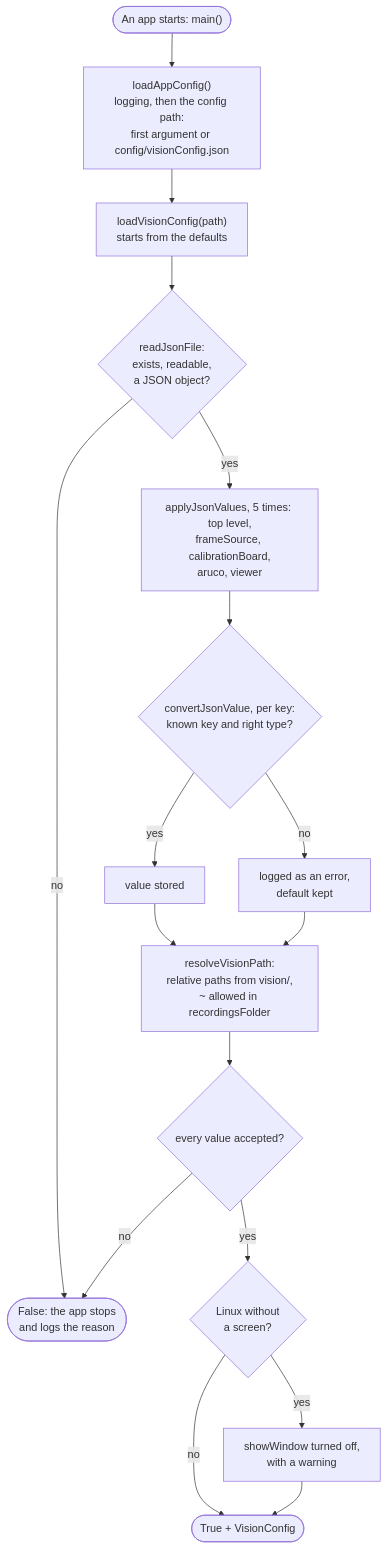
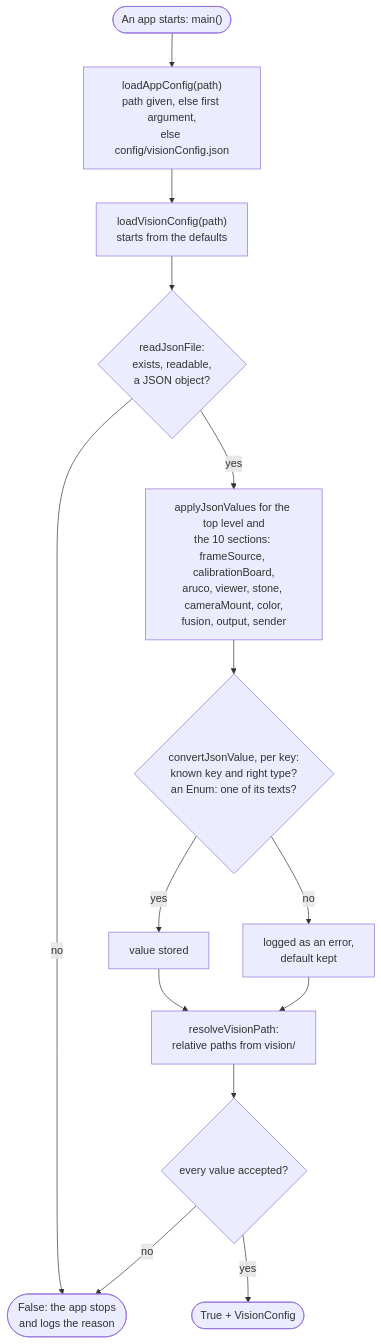
One commit to Basbat-net/BotQueValeUnEuro changed the fourth of 6 diagrams in docs/vision/howVisionWorks.md. Above: the diagram before and after it, drawn with Mermaid. The commit also changed other lines of this file, not shown here.

First line of the commit message:
Vision docs: overview, imports, contract, reading images

````diff
--- a/docs/vision/howVisionWorks.md
+++ b/docs/vision/howVisionWorks.md
@@ -118,19 +135,16 @@
 ```mermaid
 flowchart TD
-    start(["An app starts: main()"]) --> appConfig["loadAppConfig()<br/>logging, then the config path:<br/>first argument or config/visionConfig.json"]
+    start(["An app starts: main()"]) --> appConfig["loadAppConfig(path)<br/>path given, else first argument,<br/>else config/visionConfig.json"]
     appConfig --> loadConfig["loadVisionConfig(path)<br/>starts from the defaults"]
     loadConfig --> readJson{"readJsonFile:<br/>exists, readable,<br/>a JSON object?"}
     readJson -- "no" --> failed(["False: the app stops<br/>and logs the reason"])
-    readJson -- "yes" --> apply["applyJsonValues, 5 times: top level,<br/>frameSource, calibrationBoard,<br/>aruco, viewer"]
-    apply --> convert{"convertJsonValue, per key:<br/>known key and right type?"}
+    readJson -- "yes" --> apply["applyJsonValues for the top level and<br/>the 10 sections: frameSource, calibrationBoard,<br/>aruco, viewer, stone, cameraMount, color,<br/>fusion, output, sender"]
+    apply --> convert{"convertJsonValue, per key:<br/>known key and right type?<br/>an Enum: one of its texts?"}
     convert -- "yes" --> stored["value stored"]
     convert -- "no" --> rejected["logged as an error,<br/>default kept"]
-    stored --> paths["resolveVisionPath:<br/>relative paths from vision/,<br/>~ allowed in recordingsFolder"]
+    stored --> paths["resolveVisionPath:<br/>relative paths from vision/"]
     rejected --> paths
     paths --> valid{"every value accepted?"}
     valid -- "no" --> failed
-    valid -- "yes" --> screen{"Linux without<br/>a screen?"}
-    screen -- "yes" --> noWindow["showWindow turned off,<br/>with a warning"]
-    screen -- "no" --> ready(["True + VisionConfig"])
-    noWindow --> ready
+    valid -- "yes" --> ready(["True + VisionConfig"])
 ```
````
